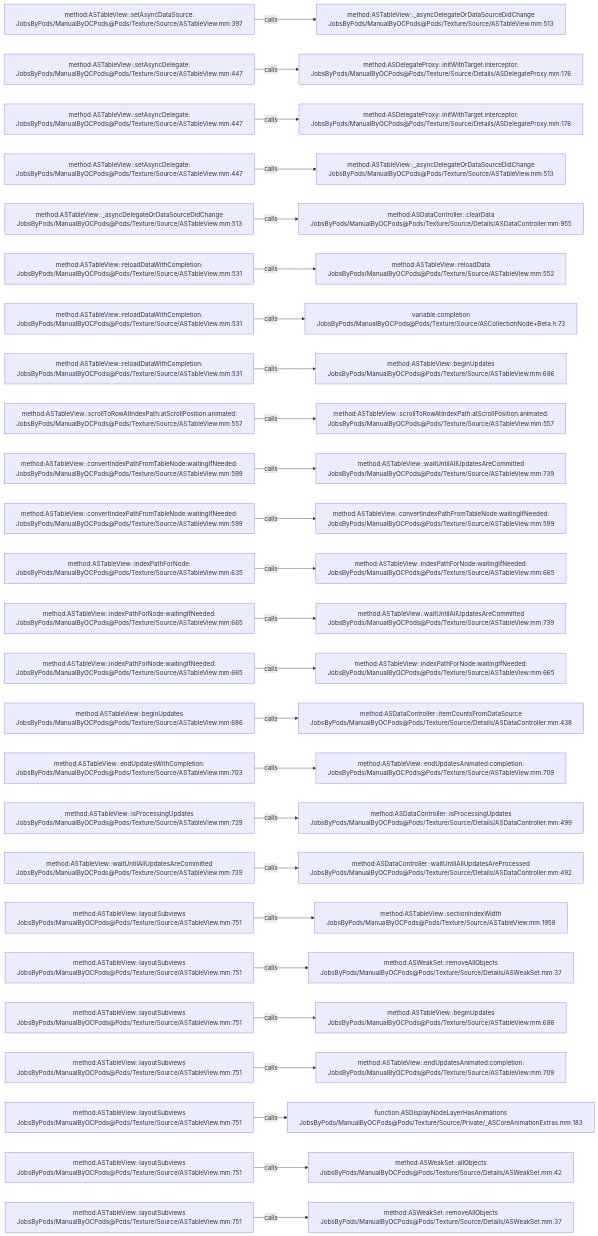
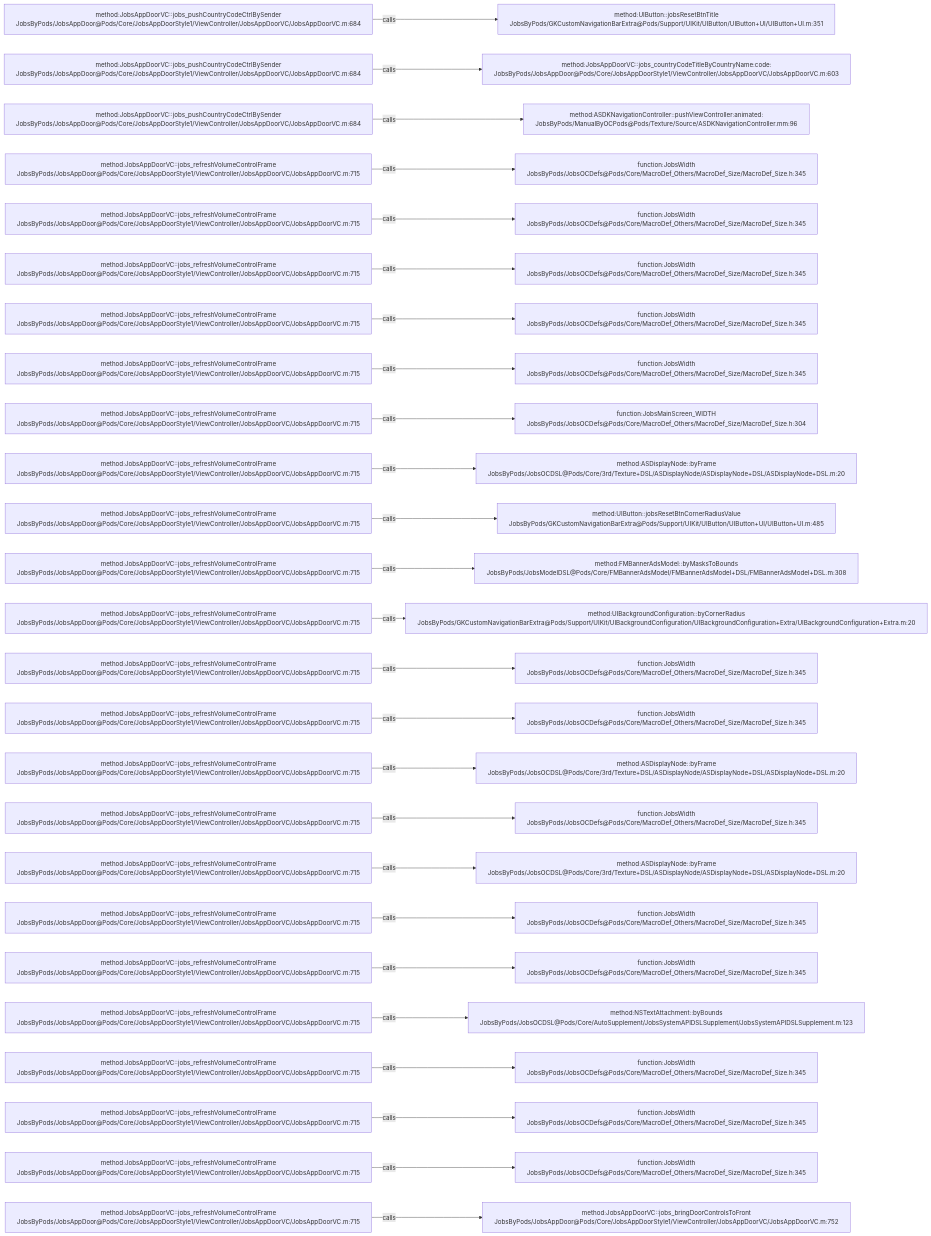
The diagram in .codegraph/codegraph.md/graphs/calls-112.md (JobsKits/JobsOCBaseConfigDemo), drawn with Mermaid before and after one commit. The commit also changed 768 other files, not shown here.

````diff
--- a/.codegraph/codegraph.md/graphs/calls-112.md
+++ b/.codegraph/codegraph.md/graphs/calls-112.md
@@ -13,78 +13,78 @@
 ```mermaid
 flowchart LR
-  S1["method:ASTableView::setAsyncDataSource:<br/>JobsByPods/ManualByOCPods@Pods/Texture/Source/ASTableView.mm:397"]
-  T1["method:ASTableView::_asyncDelegateOrDataSourceDidChange<br/>JobsByPods/ManualByOCPods@Pods/Texture/Source/ASTableView.mm:513"]
+  S1["method:JobsAppDoorVC::jobs_pushCountryCodeCtrlBySender<br/>JobsByPods/JobsAppDoor@Pods/Core/JobsAppDoorStyle1/ViewController/JobsAppDoorVC/JobsAppDoorVC.m:684"]
+  T1["method:UIButton::jobsResetBtnTitle<br/>JobsByPods/GKCustomNavigationBarExtra@Pods/Support/UIKit/UIButton/UIButton+UI/UIButton+UI.m:351"]
   S1 -->|calls| T1
-  S2["method:ASTableView::setAsyncDelegate:<br/>JobsByPods/ManualByOCPods@Pods/Texture/Source/ASTableView.mm:447"]
-  T2["method:ASDelegateProxy::initWithTarget:interceptor:<br/>JobsByPods/ManualByOCPods@Pods/Texture/Source/Details/ASDelegateProxy.mm:176"]
+  S2["method:JobsAppDoorVC::jobs_pushCountryCodeCtrlBySender<br/>JobsByPods/JobsAppDoor@Pods/Core/JobsAppDoorStyle1/ViewController/JobsAppDoorVC/JobsAppDoorVC.m:684"]
+  T2["method:JobsAppDoorVC::jobs_countryCodeTitleByCountryName:code:<br/>JobsByPods/JobsAppDoor@Pods/Core/JobsAppDoorStyle1/ViewController/JobsAppDoorVC/JobsAppDoorVC.m:603"]
   S2 -->|calls| T2
-  S3["method:ASTableView::setAsyncDelegate:<br/>JobsByPods/ManualByOCPods@Pods/Texture/Source/ASTableView.mm:447"]
-  T3["method:ASDelegateProxy::initWithTarget:interceptor:<br/>JobsByPods/ManualByOCPods@Pods/Texture/Source/Details/ASDelegateProxy.mm:176"]
+  S3["method:JobsAppDoorVC::jobs_pushCountryCodeCtrlBySender<br/>JobsByPods/JobsAppDoor@Pods/Core/JobsAppDoorStyle1/ViewController/JobsAppDoorVC/JobsAppDoorVC.m:684"]
+  T3["method:ASDKNavigationController::pushViewController:animated:<br/>JobsByPods/ManualByOCPods@Pods/Texture/Source/ASDKNavigationController.mm:96"]
   S3 -->|calls| T3
-  S4["method:ASTableView::setAsyncDelegate:<br/>JobsByPods/ManualByOCPods@Pods/Texture/Source/ASTableView.mm:447"]
-  T4["method:ASTableView::_asyncDelegateOrDataSourceDidChange<br/>JobsByPods/ManualByOCPods@Pods/Texture/Source/ASTableView.mm:513"]
+  S4["method:JobsAppDoorVC::jobs_refreshVolumeControlFrame<br/>JobsByPods/JobsAppDoor@Pods/Core/JobsAppDoorStyle1/ViewController/JobsAppDoorVC/JobsAppDoorVC.m:715"]
+  T4["function:JobsWidth<br/>JobsByPods/JobsOCDefs@Pods/Core/MacroDef_Others/MacroDef_Size/MacroDef_Size.h:345"]
   S4 -->|calls| T4
-  S5["method:ASTableView::_asyncDelegateOrDataSourceDidChange<br/>JobsByPods/ManualByOCPods@Pods/Texture/Source/ASTableView.mm:513"]
-  T5["method:ASDataController::clearData<br/>JobsByPods/ManualByOCPods@Pods/Texture/Source/Details/ASDataController.mm:955"]
+  S5["method:JobsAppDoorVC::jobs_refreshVolumeControlFrame<br/>JobsByPods/JobsAppDoor@Pods/Core/JobsAppDoorStyle1/ViewController/JobsAppDoorVC/JobsAppDoorVC.m:715"]
+  T5["function:JobsWidth<br/>JobsByPods/JobsOCDefs@Pods/Core/MacroDef_Others/MacroDef_Size/MacroDef_Size.h:345"]
   S5 -->|calls| T5
-  S6["method:ASTableView::reloadDataWithCompletion:<br/>JobsByPods/ManualByOCPods@Pods/Texture/Source/ASTableView.mm:531"]
-  T6["method:ASTableView::reloadData<br/>JobsByPods/ManualByOCPods@Pods/Texture/Source/ASTableView.mm:552"]
+  S6["method:JobsAppDoorVC::jobs_refreshVolumeControlFrame<br/>JobsByPods/JobsAppDoor@Pods/Core/JobsAppDoorStyle1/ViewController/JobsAppDoorVC/JobsAppDoorVC.m:715"]
+  T6["function:JobsWidth<br/>JobsByPods/JobsOCDefs@Pods/Core/MacroDef_Others/MacroDef_Size/MacroDef_Size.h:345"]
   S6 -->|calls| T6
-  S7["method:ASTableView::reloadDataWithCompletion:<br/>JobsByPods/ManualByOCPods@Pods/Texture/Source/ASTableView.mm:531"]
-  T7["variable:completion<br/>JobsByPods/ManualByOCPods@Pods/Texture/Source/ASCollectionNode+Beta.h:73"]
+  S7["method:JobsAppDoorVC::jobs_refreshVolumeControlFrame<br/>JobsByPods/JobsAppDoor@Pods/Core/JobsAppDoorStyle1/ViewController/JobsAppDoorVC/JobsAppDoorVC.m:715"]
+  T7["function:JobsWidth<br/>JobsByPods/JobsOCDefs@Pods/Core/MacroDef_Others/MacroDef_Size/MacroDef_Size.h:345"]
   S7 -->|calls| T7
-  S8["method:ASTableView::reloadDataWithCompletion:<br/>JobsByPods/ManualByOCPods@Pods/Texture/Source/ASTableView.mm:531"]
-  T8["method:ASTableView::beginUpdates<br/>JobsByPods/ManualByOCPods@Pods/Texture/Source/ASTableView.mm:686"]
+  S8["method:JobsAppDoorVC::jobs_refreshVolumeControlFrame<br/>JobsByPods/JobsAppDoor@Pods/Core/JobsAppDoorStyle1/ViewController/JobsAppDoorVC/JobsAppDoorVC.m:715"]
+  T8["function:JobsWidth<br/>JobsByPods/JobsOCDefs@Pods/Core/MacroDef_Others/MacroDef_Size/MacroDef_Size.h:345"]
   S8 -->|calls| T8
-  S9["method:ASTableView::scrollToRowAtIndexPath:atScrollPosition:animated:<br/>JobsByPods/ManualByOCPods@Pods/Texture/Source/ASTableView.mm:557"]
-  T9["method:ASTableView::scrollToRowAtIndexPath:atScrollPosition:animated:<br/>JobsByPods/ManualByOCPods@Pods/Texture/Source/ASTableView.mm:557"]
+  S9["method:JobsAppDoorVC::jobs_refreshVolumeControlFrame<br/>JobsByPods/JobsAppDoor@Pods/Core/JobsAppDoorStyle1/ViewController/JobsAppDoorVC/JobsAppDoorVC.m:715"]
+  T9["function:JobsMainScreen_WIDTH<br/>JobsByPods/JobsOCDefs@Pods/Core/MacroDef_Others/MacroDef_Size/MacroDef_Size.h:304"]
   S9 -->|calls| T9
-  S10["method:ASTableView::convertIndexPathFromTableNode:waitingIfNeeded:<br/>JobsByPods/ManualByOCPods@Pods/Texture/Source/ASTableView.mm:599"]
-  T10["method:ASTableView::waitUntilAllUpdatesAreCommitted<br/>JobsByPods/ManualByOCPods@Pods/Texture/Source/ASTableView.mm:739"]
+  S10["method:JobsAppDoorVC::jobs_refreshVolumeControlFrame<br/>JobsByPods/JobsAppDoor@Pods/Core/JobsAppDoorStyle1/ViewController/JobsAppDoorVC/JobsAppDoorVC.m:715"]
+  T10["method:ASDisplayNode::byFrame<br/>JobsByPods/JobsOCDSL@Pods/Core/3rd/Texture+DSL/ASDisplayNode/ASDisplayNode+DSL/ASDisplayNode+DSL.m:20"]
   S10 -->|calls| T10
-  S11["method:ASTableView::convertIndexPathFromTableNode:waitingIfNeeded:<br/>JobsByPods/ManualByOCPods@Pods/Texture/Source/ASTableView.mm:599"]
-  T11["method:ASTableView::convertIndexPathFromTableNode:waitingIfNeeded:<br/>JobsByPods/ManualByOCPods@Pods/Texture/Source/ASTableView.mm:599"]
+  S11["method:JobsAppDoorVC::jobs_refreshVolumeControlFrame<br/>JobsByPods/JobsAppDoor@Pods/Core/JobsAppDoorStyle1/ViewController/JobsAppDoorVC/JobsAppDoorVC.m:715"]
+  T11["method:UIButton::jobsResetBtnCornerRadiusValue<br/>JobsByPods/GKCustomNavigationBarExtra@Pods/Support/UIKit/UIButton/UIButton+UI/UIButton+UI.m:485"]
   S11 -->|calls| T11
-  S12["method:ASTableView::indexPathForNode:<br/>JobsByPods/ManualByOCPods@Pods/Texture/Source/ASTableView.mm:635"]
-  T12["method:ASTableView::indexPathForNode:waitingIfNeeded:<br/>JobsByPods/ManualByOCPods@Pods/Texture/Source/ASTableView.mm:665"]
+  S12["method:JobsAppDoorVC::jobs_refreshVolumeControlFrame<br/>JobsByPods/JobsAppDoor@Pods/Core/JobsAppDoorStyle1/ViewController/JobsAppDoorVC/JobsAppDoorVC.m:715"]
+  T12["method:FMBannerAdsModel::byMasksToBounds<br/>JobsByPods/JobsModelDSL@Pods/Core/FMBannerAdsModel/FMBannerAdsModel+DSL/FMBannerAdsModel+DSL.m:308"]
   S12 -->|calls| T12
-  S13["method:ASTableView::indexPathForNode:waitingIfNeeded:<br/>JobsByPods/ManualByOCPods@Pods/Texture/Source/ASTableView.mm:665"]
-  T13["method:ASTableView::waitUntilAllUpdatesAreCommitted<br/>JobsByPods/ManualByOCPods@Pods/Texture/Source/ASTableView.mm:739"]
+  S13["method:JobsAppDoorVC::jobs_refreshVolumeControlFrame<br/>JobsByPods/JobsAppDoor@Pods/Core/JobsAppDoorStyle1/ViewController/JobsAppDoorVC/JobsAppDoorVC.m:715"]
+  T13["method:UIBackgroundConfiguration::byCornerRadius<br/>JobsByPods/GKCustomNavigationBarExtra@Pods/Support/UIKit/UIBackgroundConfiguration/UIBackgroundConfiguration+Extra/UIBackgroundConfiguration+Extra.m:20"]
   S13 -->|calls| T13
-  S14["method:ASTableView::indexPathForNode:waitingIfNeeded:<br/>JobsByPods/ManualByOCPods@Pods/Texture/Source/ASTableView.mm:665"]
-  T14["method:ASTableView::indexPathForNode:waitingIfNeeded:<br/>JobsByPods/ManualByOCPods@Pods/Texture/Source/ASTableView.mm:665"]
+  S14["method:JobsAppDoorVC::jobs_refreshVolumeControlFrame<br/>JobsByPods/JobsAppDoor@Pods/Core/JobsAppDoorStyle1/ViewController/JobsAppDoorVC/JobsAppDoorVC.m:715"]
+  T14["function:JobsWidth<br/>JobsByPods/JobsOCDefs@Pods/Core/MacroDef_Others/MacroDef_Size/MacroDef_Size.h:345"]
   S14 -->|calls| T14
-  S15["method:ASTableView::beginUpdates<br/>JobsByPods/ManualByOCPods@Pods/Texture/Source/ASTableView.mm:686"]
-  T15["method:ASDataController::itemCountsFromDataSource<br/>JobsByPods/ManualByOCPods@Pods/Texture/Source/Details/ASDataController.mm:438"]
+  S15["method:JobsAppDoorVC::jobs_refreshVolumeControlFrame<br/>JobsByPods/JobsAppDoor@Pods/Core/JobsAppDoorStyle1/ViewController/JobsAppDoorVC/JobsAppDoorVC.m:715"]
+  T15["function:JobsWidth<br/>JobsByPods/JobsOCDefs@Pods/Core/MacroDef_Others/MacroDef_Size/MacroDef_Size.h:345"]
   S15 -->|calls| T15
-  S16["method:ASTableView::endUpdatesWithCompletion:<br/>JobsByPods/ManualByOCPods@Pods/Texture/Source/ASTableView.mm:703"]
-  T16["method:ASTableView::endUpdatesAnimated:completion:<br/>JobsByPods/ManualByOCPods@Pods/Texture/Source/ASTableView.mm:709"]
+  S16["method:JobsAppDoorVC::jobs_refreshVolumeControlFrame<br/>JobsByPods/JobsAppDoor@Pods/Core/JobsAppDoorStyle1/ViewController/JobsAppDoorVC/JobsAppDoorVC.m:715"]
+  T16["method:ASDisplayNode::byFrame<br/>JobsByPods/JobsOCDSL@Pods/Core/3rd/Texture+DSL/ASDisplayNode/ASDisplayNode+DSL/ASDisplayNode+DSL.m:20"]
   S16 -->|calls| T16
-  S17["method:ASTableView::isProcessingUpdates<br/>JobsByPods/ManualByOCPods@Pods/Texture/Source/ASTableView.mm:729"]
-  T17["method:ASDataController::isProcessingUpdates<br/>JobsByPods/ManualByOCPods@Pods/Texture/Source/Details/ASDataController.mm:499"]
+  S17["method:JobsAppDoorVC::jobs_refreshVolumeControlFrame<br/>JobsByPods/JobsAppDoor@Pods/Core/JobsAppDoorStyle1/ViewController/JobsAppDoorVC/JobsAppDoorVC.m:715"]
+  T17["function:JobsWidth<br/>JobsByPods/JobsOCDefs@Pods/Core/MacroDef_Others/MacroDef_Size/MacroDef_Size.h:345"]
   S17 -->|calls| T17
-  S18["method:ASTableView::waitUntilAllUpdatesAreCommitted<br/>JobsByPods/ManualByOCPods@Pods/Texture/Source/ASTableView.mm:739"]
-  T18["method:ASDataController::waitUntilAllUpdatesAreProcessed<br/>JobsByPods/ManualByOCPods@Pods/Texture/Source/Details/ASDataController.mm:492"]
+  S18["method:JobsAppDoorVC::jobs_refreshVolumeControlFrame<br/>JobsByPods/JobsAppDoor@Pods/Core/JobsAppDoorStyle1/ViewController/JobsAppDoorVC/JobsAppDoorVC.m:715"]
+  T18["method:ASDisplayNode::byFrame<br/>JobsByPods/JobsOCDSL@Pods/Core/3rd/Texture+DSL/ASDisplayNode/ASDisplayNode+DSL/ASDisplayNode+DSL.m:20"]
   S18 -->|calls| T18
-  S19["method:ASTableView::layoutSubviews<br/>JobsByPods/ManualByOCPods@Pods/Texture/Source/ASTableView.mm:751"]
-  T19["method:ASTableView::sectionIndexWidth<br/>JobsByPods/ManualByOCPods@Pods/Texture/Source/ASTableView.mm:1958"]
+  S19["method:JobsAppDoorVC::jobs_refreshVolumeControlFrame<br/>JobsByPods/JobsAppDoor@Pods/Core/JobsAppDoorStyle1/ViewController/JobsAppDoorVC/JobsAppDoorVC.m:715"]
+  T19["function:JobsWidth<br/>JobsByPods/JobsOCDefs@Pods/Core/MacroDef_Others/MacroDef_Size/MacroDef_Size.h:345"]
   S19 -->|calls| T19
-  S20["method:ASTableView::layoutSubviews<br/>JobsByPods/ManualByOCPods@Pods/Texture/Source/ASTableView.mm:751"]
-  T20["method:ASWeakSet::removeAllObjects<br/>JobsByPods/ManualByOCPods@Pods/Texture/Source/Details/ASWeakSet.mm:37"]
+  S20["method:JobsAppDoorVC::jobs_refreshVolumeControlFrame<br/>JobsByPods/JobsAppDoor@Pods/Core/JobsAppDoorStyle1/ViewController/JobsAppDoorVC/JobsAppDoorVC.m:715"]
+  T20["function:JobsWidth<br/>JobsByPods/JobsOCDefs@Pods/Core/MacroDef_Others/MacroDef_Size/MacroDef_Size.h:345"]
   S20 -->|calls| T20
-  S21["method:ASTableView::layoutSubviews<br/>JobsByPods/ManualByOCPods@Pods/Texture/Source/ASTableView.mm:751"]
-  T21["method:ASTableView::beginUpdates<br/>JobsByPods/ManualByOCPods@Pods/Texture/Source/ASTableView.mm:686"]
+  S21["method:JobsAppDoorVC::jobs_refreshVolumeControlFrame<br/>JobsByPods/JobsAppDoor@Pods/Core/JobsAppDoorStyle1/ViewController/JobsAppDoorVC/JobsAppDoorVC.m:715"]
+  T21["method:NSTextAttachment::byBounds<br/>JobsByPods/JobsOCDSL@Pods/Core/AutoSupplement/JobsSystemAPIDSLSupplement/JobsSystemAPIDSLSupplement.m:123"]
   S21 -->|calls| T21
-  S22["method:ASTableView::layoutSubviews<br/>JobsByPods/ManualByOCPods@Pods/Texture/Source/ASTableView.mm:751"]
-  T22["method:ASTableView::endUpdatesAnimated:completion:<br/>JobsByPods/ManualByOCPods@Pods/Texture/Source/ASTableView.mm:709"]
+  S22["method:JobsAppDoorVC::jobs_refreshVolumeControlFrame<br/>JobsByPods/JobsAppDoor@Pods/Core/JobsAppDoorStyle1/ViewController/JobsAppDoorVC/JobsAppDoorVC.m:715"]
+  T22["function:JobsWidth<br/>JobsByPods/JobsOCDefs@Pods/Core/MacroDef_Others/MacroDef_Size/MacroDef_Size.h:345"]
   S22 -->|calls| T22
-  S23["method:ASTableView::layoutSubviews<br/>JobsByPods/ManualByOCPods@Pods/Texture/Source/ASTableView.mm:751"]
-  T23["function:ASDisplayNodeLayerHasAnimations<br/>JobsByPods/ManualByOCPods@Pods/Texture/Source/Private/_ASCoreAnimationExtras.mm:183"]
+  S23["method:JobsAppDoorVC::jobs_refreshVolumeControlFrame<br/>JobsByPods/JobsAppDoor@Pods/Core/JobsAppDoorStyle1/ViewController/JobsAppDoorVC/JobsAppDoorVC.m:715"]
+  T23["function:JobsWidth<br/>JobsByPods/JobsOCDefs@Pods/Core/MacroDef_Others/MacroDef_Size/MacroDef_Size.h:345"]
   S23 -->|calls| T23
-  S24["method:ASTableView::layoutSubviews<br/>JobsByPods/ManualByOCPods@Pods/Texture/Source/ASTableView.mm:751"]
-  T24["method:ASWeakSet::allObjects<br/>JobsByPods/ManualByOCPods@Pods/Texture/Source/Details/ASWeakSet.mm:42"]
+  S24["method:JobsAppDoorVC::jobs_refreshVolumeControlFrame<br/>JobsByPods/JobsAppDoor@Pods/Core/JobsAppDoorStyle1/ViewController/JobsAppDoorVC/JobsAppDoorVC.m:715"]
+  T24["function:JobsWidth<br/>JobsByPods/JobsOCDefs@Pods/Core/MacroDef_Others/MacroDef_Size/MacroDef_Size.h:345"]
   S24 -->|calls| T24
-  S25["method:ASTableView::layoutSubviews<br/>JobsByPods/ManualByOCPods@Pods/Texture/Source/ASTableView.mm:751"]
-  T25["method:ASWeakSet::removeAllObjects<br/>JobsByPods/ManualByOCPods@Pods/Texture/Source/Details/ASWeakSet.mm:37"]
+  S25["method:JobsAppDoorVC::jobs_refreshVolumeControlFrame<br/>JobsByPods/JobsAppDoor@Pods/Core/JobsAppDoorStyle1/ViewController/JobsAppDoorVC/JobsAppDoorVC.m:715"]
+  T25["method:JobsAppDoorVC::jobs_bringDoorControlsToFront<br/>JobsByPods/JobsAppDoor@Pods/Core/JobsAppDoorStyle1/ViewController/JobsAppDoorVC/JobsAppDoorVC.m:752"]
   S25 -->|calls| T25
 ```
````
